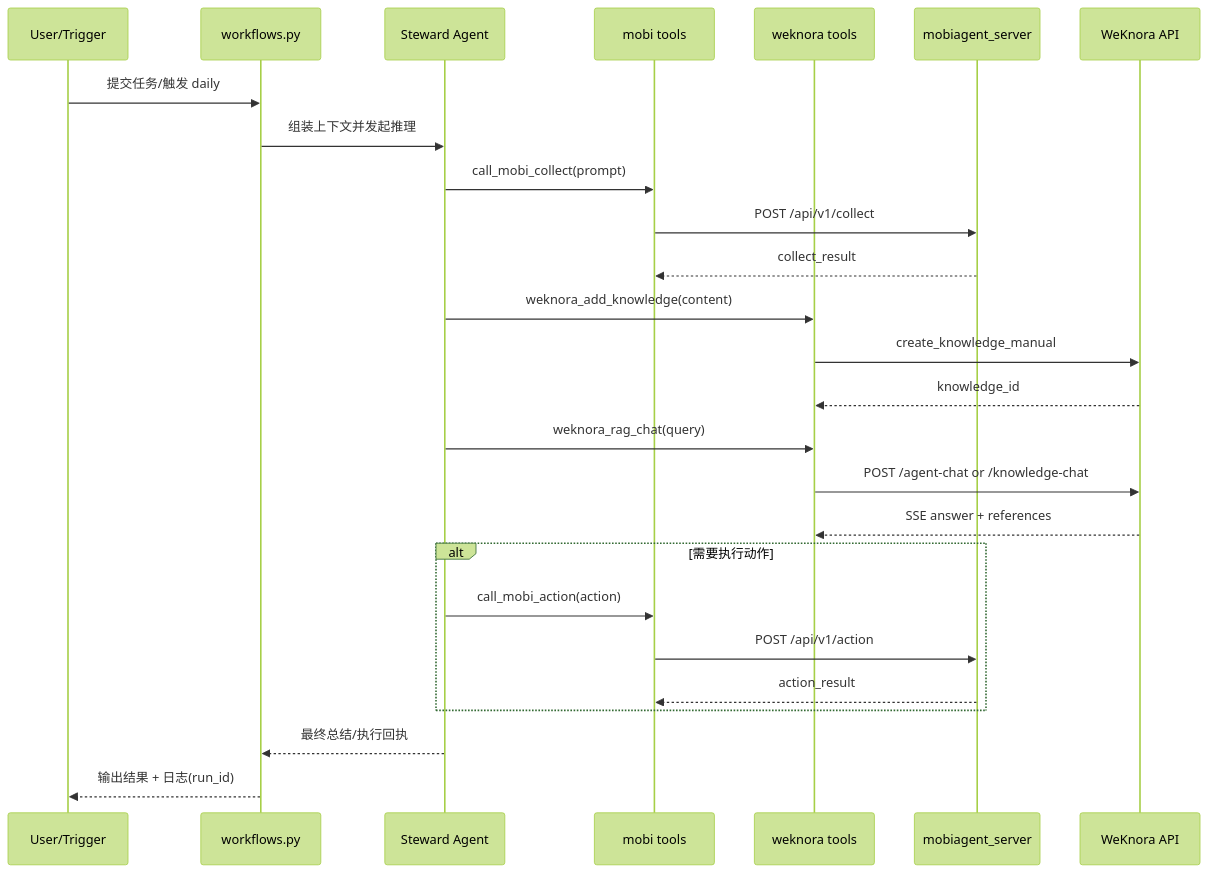
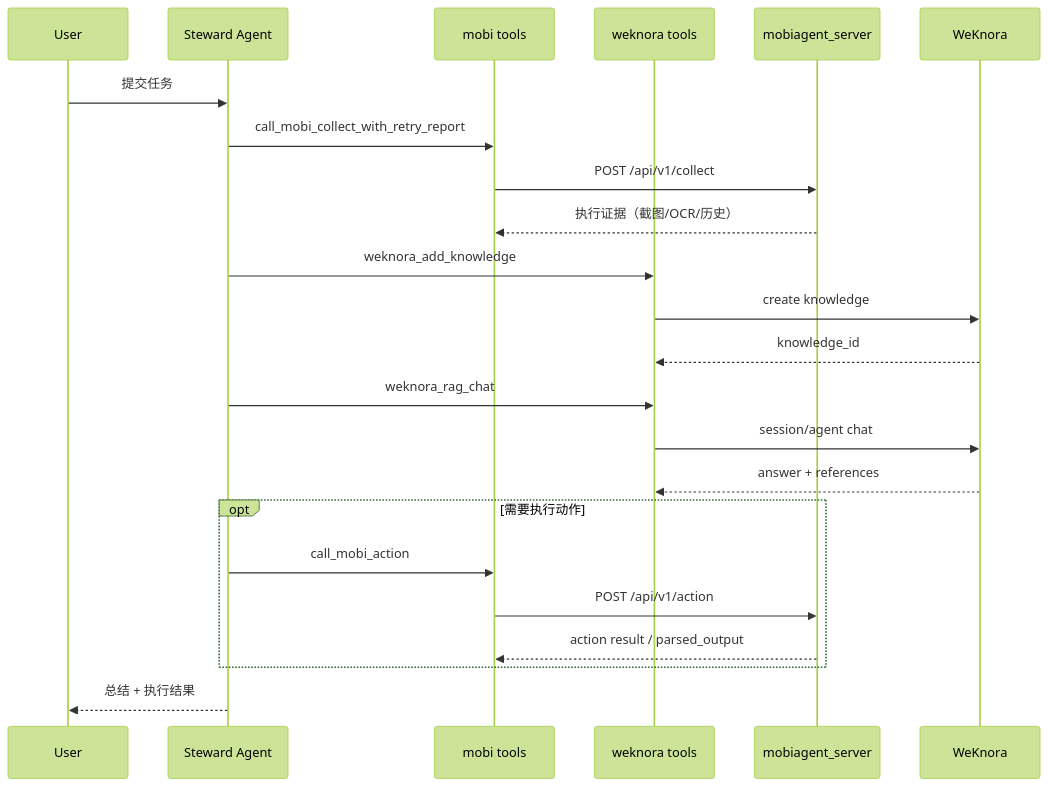
The second of 2 diagrams in docs/Seneschal-详细架构图.md (IPADS-SAI/MobiClaw), drawn with Mermaid (forest theme) before and after one commit. The commit also changed other lines of this file and 7 other files, not shown here.

````diff
--- a/docs/Seneschal-详细架构图.md
+++ b/docs/Seneschal-详细架构图.md
@@ -86,34 +85,30 @@
 ```mermaid
 sequenceDiagram
-    participant User as User/Trigger
-    participant WF as workflows.py
-    participant Agent as Steward Agent
-    participant MTool as mobi tools
-    participant WTool as weknora tools
+    participant User as User
+    participant Steward as Steward Agent
+    participant MobiTool as mobi tools
+    participant WekTool as weknora tools
     participant MG as mobiagent_server
-    participant WK as WeKnora API
+    participant WK as WeKnora
 
-    User->>WF: 提交任务/触发 daily
-    WF->>Agent: 组装上下文并发起推理
+    User->>Steward: 提交任务
+    Steward->>MobiTool: call_mobi_collect_with_retry_report
+    MobiTool->>MG: POST /api/v1/collect
+    MG-->>MobiTool: 执行证据（截图/OCR/历史）
 
-    Agent->>MTool: call_mobi_collect(prompt)
-    MTool->>MG: POST /api/v1/collect
-    MG-->>MTool: collect_result
+    Steward->>WekTool: weknora_add_knowledge
+    WekTool->>WK: create knowledge
+    WK-->>WekTool: knowledge_id
 
-    Agent->>WTool: weknora_add_knowledge(content)
-    WTool->>WK: create_knowledge_manual
-    WK-->>WTool: knowledge_id
+    Steward->>WekTool: weknora_rag_chat
+    WekTool->>WK: session/agent chat
+    WK-->>WekTool: answer + references
 
-    Agent->>WTool: weknora_rag_chat(query)
-    WTool->>WK: POST /agent-chat or /knowledge-chat
-    WK-->>WTool: SSE answer + references
-
-    alt 需要执行动作
-      Agent->>MTool: call_mobi_action(action)
-      MTool->>MG: POST /api/v1/action
-      MG-->>MTool: action_result
+    opt 需要执行动作
+      Steward->>MobiTool: call_mobi_action
+      MobiTool->>MG: POST /api/v1/action
+      MG-->>MobiTool: action result / parsed_output
     end
 
-    Agent-->>WF: 最终总结/执行回执
-    WF-->>User: 输出结果 + 日志(run_id)
+    Steward-->>User: 总结 + 执行结果
 ```
````
